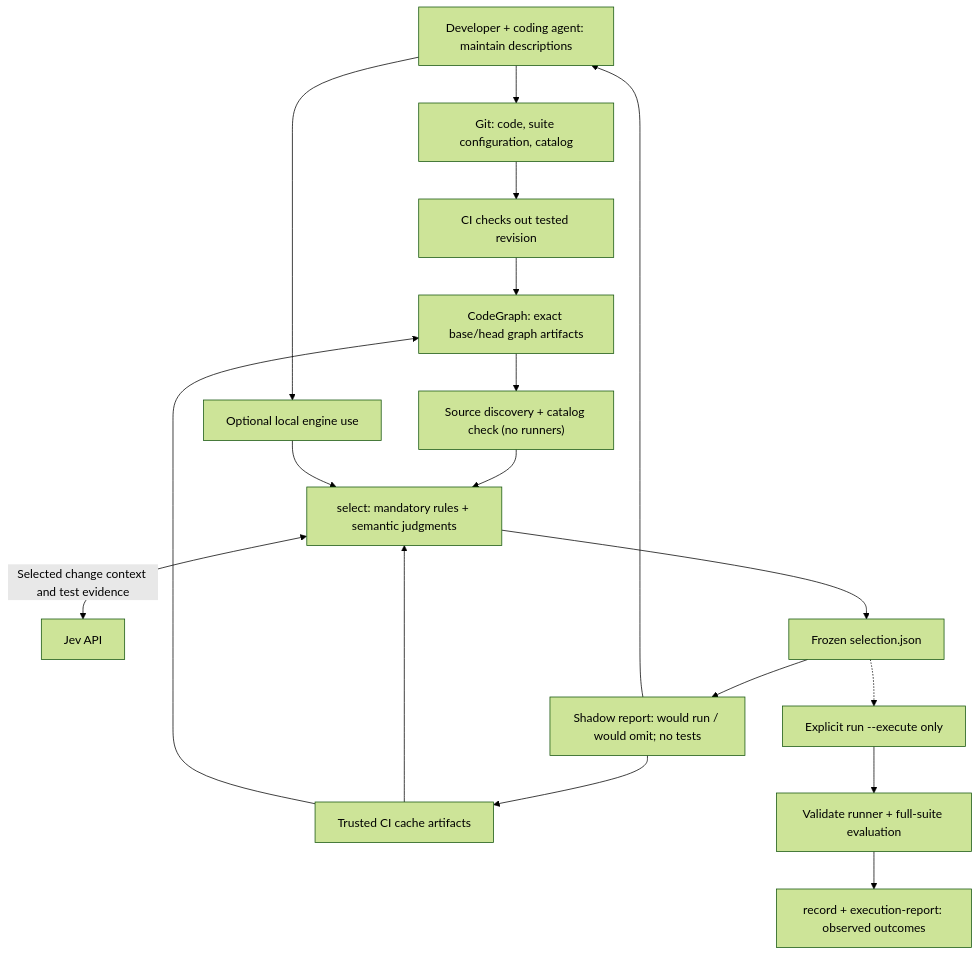
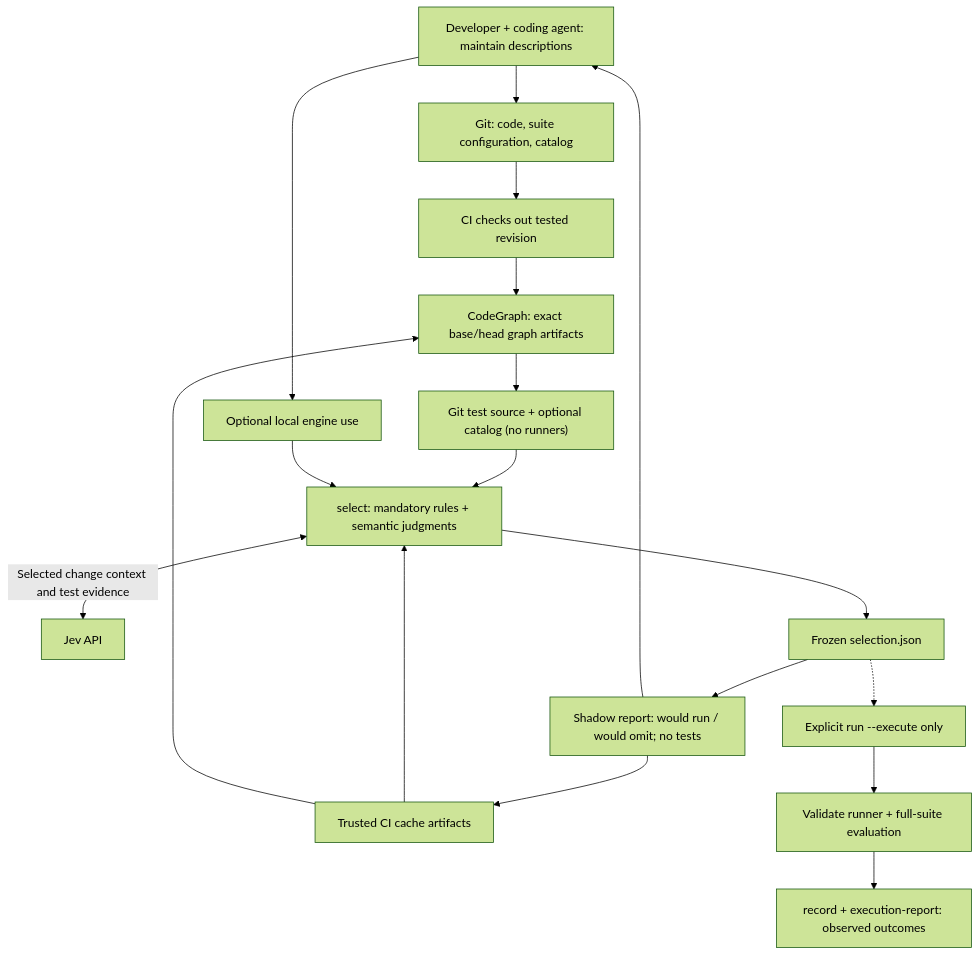
Before and after one commit to ronaldtebrake/faultline: the diagram in PLAN.md, drawn with Mermaid (forest theme). The commit also changed other lines of this file and 21 other files, not shown here.

Commit message:
Score framework-neutral test source with CodeGraph and Jev

````diff
--- a/PLAN.md
+++ b/PLAN.md
@@ -13,20 +13,20 @@
 ```mermaid
 flowchart TD
     DEV["Developer + coding agent: maintain descriptions"] --> GIT["Git: code, suite configuration, catalog"]
     GIT --> CI["CI checks out tested revision"]
     CI --> GRAPH["CodeGraph: exact base/head graph artifacts"]
-    GRAPH --> DISC["Source discovery + catalog check (no runners)"]
+    GRAPH --> DISC["Git test source + optional catalog (no runners)"]
     DEV --> LOCAL["Optional local engine use"]
     DISC --> SELECT["select: mandatory rules + semantic judgments"]
     LOCAL --> SELECT
     SELECT <-->|"Selected change context and test evidence"| JEV["Jev API"]
     STORE["Trusted CI cache artifacts"] --> SELECT
     STORE --> GRAPH
     SELECT --> FROZEN["Frozen selection.json"]
     FROZEN --> REPORT["Shadow report: would run / would omit; no tests"]
     FROZEN -.-> RUN["Explicit run --execute only"]
     RUN --> RUNNERS["Validate runner + full-suite evaluation"]
     RUNNERS --> OBSERVED["record + execution-report: observed outcomes"]
     REPORT --> STORE
     REPORT --> DEV
 ```
````
